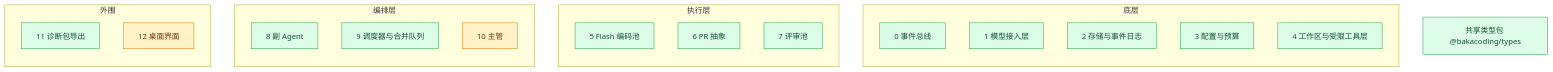
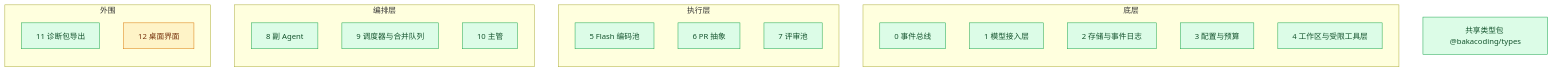
The diagram in docs/progress.md (Akarin7784/BakaCoding), drawn with Mermaid before and after one commit. The commit also changed other lines of this file, not shown here.

````diff
--- a/docs/progress.md
+++ b/docs/progress.md
@@ -11,32 +11,33 @@
 ```mermaid
 flowchart BT
   subgraph 底层
     M0[0 事件总线]
     M1[1 模型接入层]
     M2[2 存储与事件日志]
     M3[3 配置与预算]
     M4[4 工作区与受限工具层]
   end
   subgraph 执行层
     M5[5 Flash 编码池]
     M6[6 PR 抽象]
     M7[7 评审池]
   end
   subgraph 编排层
     M8[8 副 Agent]
     M9[9 调度器与合并队列]
     M10[10 主管]
   end
   subgraph 外围
     M11[11 诊断包导出]
     M12[12 桌面界面]
   end
   T[共享类型包 @bakacoding/types]
 
   classDef todo fill:#f1f5f9,stroke:#94a3b8,color:#334155
   classDef doing fill:#fef3c7,stroke:#d97706,color:#78350f
   classDef done fill:#dcfce7,stroke:#16a34a,color:#14532d
 
   class M0,M1,M2,M3,M4,M5,M6,M7,M8,M9,M11,T done
-  class M10,M12 doing
+  class M10 done
+  class M12 doing
 ```
````
